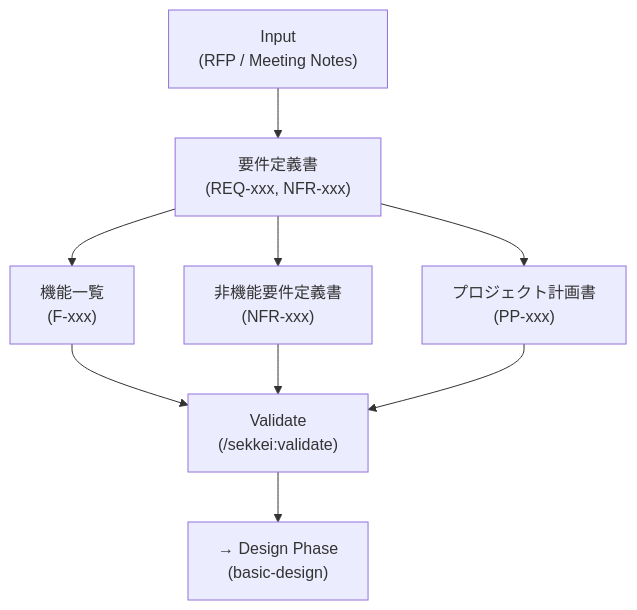
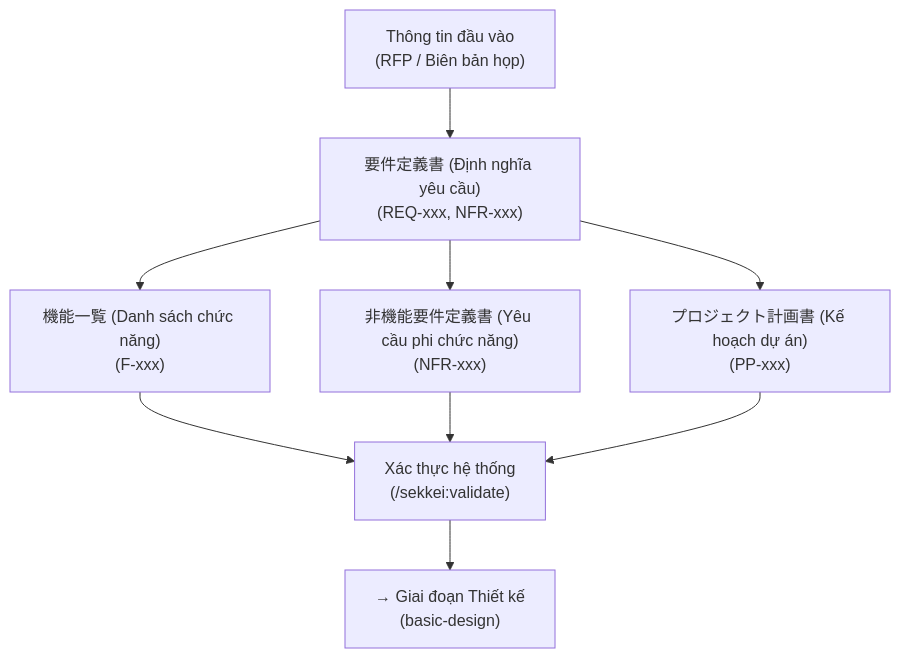
One commit to bienhoang/sekkei-ai-agents changed the diagram in docs/user-guide/04-workflow/01-requirements.md. Above: the diagram before and after it, drawn with Mermaid. The commit also changed other lines of this file and 45 other files, not shown here.

````diff
--- a/docs/user-guide/04-workflow/01-requirements.md
+++ b/docs/user-guide/04-workflow/01-requirements.md
@@ -28,19 +28,19 @@
 ```mermaid
 flowchart TD
-    INPUT["Input\n(RFP / Meeting Notes)"]
-    REQ["要件定義書\n(REQ-xxx, NFR-xxx)"]
-    FL["機能一覧\n(F-xxx)"]
-    NFR["非機能要件定義書\n(NFR-xxx)"]
-    PP["プロジェクト計画書\n(PP-xxx)"]
-    VAL["Validate\n(/sekkei:validate)"]
-    NEXT["→ Design Phase\n(basic-design)"]
+    INPUT["Thông tin đầu vào\n(RFP / Biên bản họp)"]
+    REQ["要件定義書 (Định nghĩa yêu cầu)\n(REQ-xxx, NFR-xxx)"]
+    FL["機能一覧 (Danh sách chức năng)\n(F-xxx)"]
+    NFR["非機能要件定義書 (Yêu cầu phi chức năng)\n(NFR-xxx)"]
+    PP["プロジェクト計画書 (Kế hoạch dự án)\n(PP-xxx)"]
+    VAL["Xác thực hệ thống\n(/sekkei:validate)"]
+    NEXT["→ Giai đoạn Thiết kế\n(basic-design)"]
 
     INPUT --> REQ
     REQ --> FL
     REQ --> NFR
     REQ --> PP
     FL --> VAL
     NFR --> VAL
     PP --> VAL
     VAL --> NEXT
 ```
````
